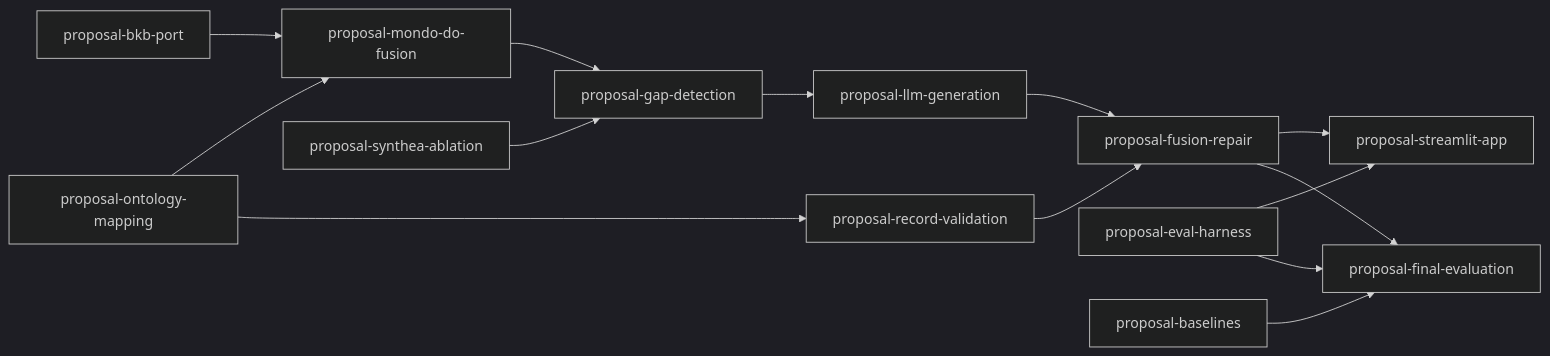
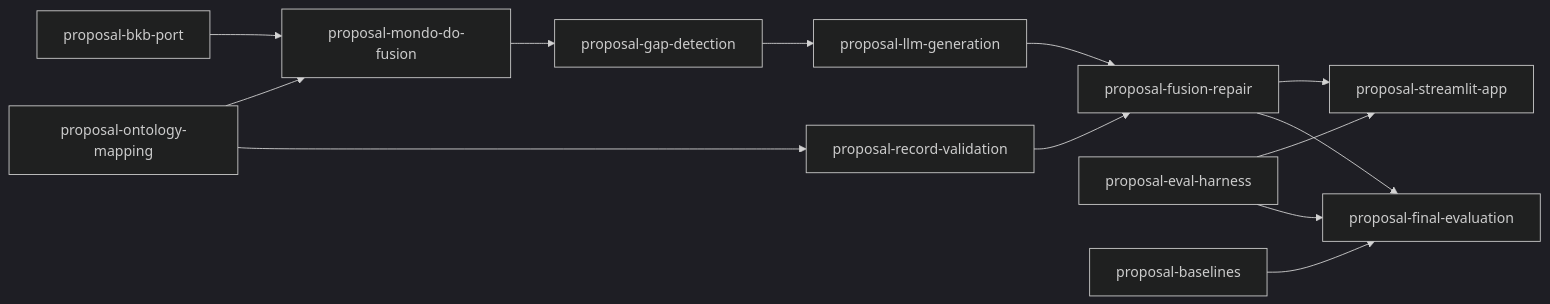
The diagram in tasks/proposal-index.md (joe-dartmouth/synthetic), drawn with Mermaid (dark theme) before and after one commit. The commit also changed other lines of this file and 24 other files, not shown here.

````diff
--- a/tasks/proposal-index.md
+++ b/tasks/proposal-index.md
@@ -26,16 +24,15 @@
 ```mermaid
 flowchart LR
     bkb_port[proposal-bkb-port] --> mondo_do_fusion[proposal-mondo-do-fusion]
     ontology_mapping[proposal-ontology-mapping] --> mondo_do_fusion[proposal-mondo-do-fusion]
     mondo_do_fusion[proposal-mondo-do-fusion] --> gap_detection[proposal-gap-detection]
-    synthea_ablation[proposal-synthea-ablation] --> gap_detection[proposal-gap-detection]
     gap_detection[proposal-gap-detection] --> llm_generation[proposal-llm-generation]
     ontology_mapping[proposal-ontology-mapping] --> record_validation[proposal-record-validation]
     llm_generation[proposal-llm-generation] --> fusion_repair[proposal-fusion-repair]
     record_validation[proposal-record-validation] --> fusion_repair[proposal-fusion-repair]
     fusion_repair[proposal-fusion-repair] --> streamlit_app[proposal-streamlit-app]
     eval_harness[proposal-eval-harness] --> streamlit_app[proposal-streamlit-app]
     baselines[proposal-baselines] --> final_evaluation[proposal-final-evaluation]
     eval_harness[proposal-eval-harness] --> final_evaluation[proposal-final-evaluation]
     fusion_repair[proposal-fusion-repair] --> final_evaluation[proposal-final-evaluation]
 ```
````
